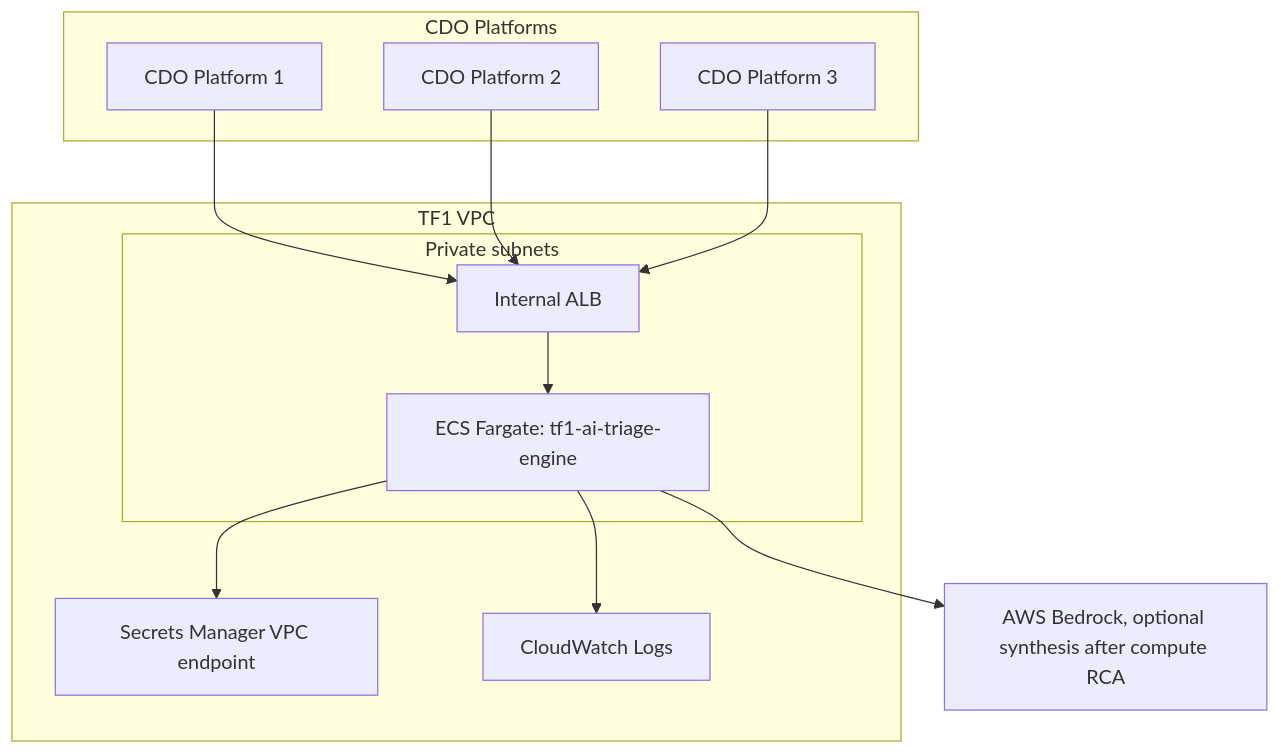
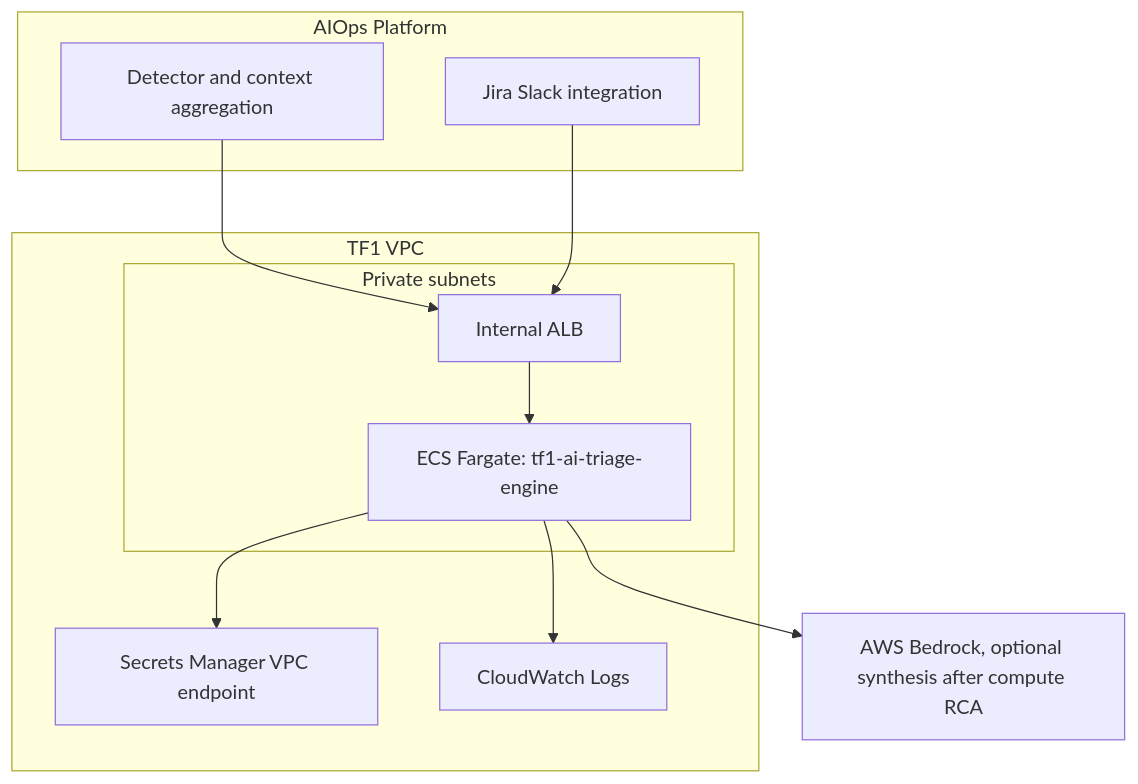
The diagram in capstone/tf-1/ai/contracts/deployment-contract.md (c0mmie-b0msh3ll/xBrain-capstone2), drawn with Mermaid before and after one commit. The commit also changed other lines of this file and 10 other files, not shown here.

Commit message:
Clarify AIOps ownership of detection and context

````diff
--- a/capstone/tf-1/ai/contracts/deployment-contract.md
+++ b/capstone/tf-1/ai/contracts/deployment-contract.md
@@ -76,25 +76,23 @@
 ```mermaid
 graph TB
     subgraph "TF1 VPC"
         subgraph "Private subnets"
             ALB[Internal ALB]
             ECS[ECS Fargate: tf1-ai-triage-engine]
             ALB --> ECS
         end
         SM[Secrets Manager VPC endpoint]
         CW[CloudWatch Logs]
         ECS --> SM
         ECS --> CW
     end
     Bedrock[AWS Bedrock, optional synthesis after compute RCA]
     ECS --> Bedrock
 
-    subgraph "CDO Platforms"
-        CDO1[CDO Platform 1]
-        CDO2[CDO Platform 2]
-        CDO3[CDO Platform 3]
+    subgraph "AIOps Platform"
+        DET[Detector and context aggregation]
+        INT[Jira Slack integration]
     end
-    CDO1 --> ALB
-    CDO2 --> ALB
-    CDO3 --> ALB
+    DET --> ALB
+    INT --> ALB
 ```
````
